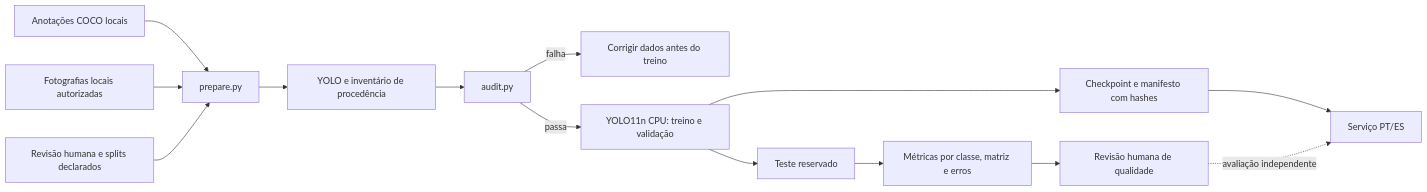
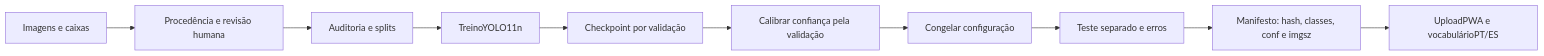
One commit to Acolhe-Projeto/Acolhe---GS8 changed the diagram in vision/PLAN.md. Above: the diagram before and after it, drawn with Mermaid. The commit also changed other lines of this file and 31 other files, not shown here.

````diff
--- a/vision/PLAN.md
+++ b/vision/PLAN.md
@@ -36,16 +14,12 @@
 ```mermaid
 flowchart LR
-    A[Anotações COCO locais] --> P[prepare.py]
-    I[Fotografias locais autorizadas] --> P
-    H[Revisão humana e splits declarados] --> P
-    P --> D[YOLO e inventário de procedência]
-    D --> AU[audit.py]
-    AU -->|falha| B[Corrigir dados antes do treino]
-    AU -->|passa| T[YOLO11n CPU: treino e validação]
-    T --> E[Teste reservado]
-    E --> M[Métricas por classe, matriz e erros]
-    M --> R[Revisão humana de qualidade]
-    T --> C[Checkpoint e manifesto com hashes]
-    C --> S[Serviço PT/ES]
-    R -. avaliação independente .-> S
+    I[Imagens e caixas] --> R[Procedência e revisão humana]
+    R --> A[Auditoria e splits]
+    A --> T[TreinoYOLO11n]
+    T --> V[Checkpoint por validação]
+    V --> C[Calibrar confiança pela validação]
+    C --> F[Congelar configuração]
+    F --> E[Teste separado e erros]
+    E --> M[Manifesto: hash, classes, conf e imgsz]
+    M --> P[UploadPWA e vocabulárioPT/ES]
 ```
````
